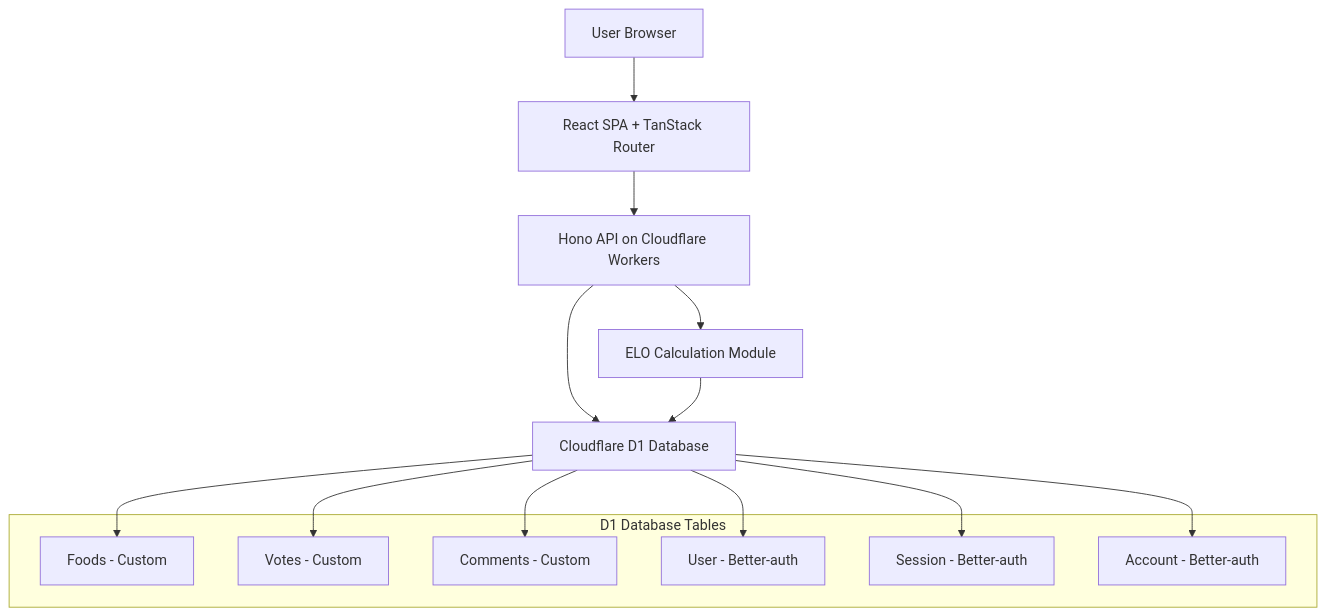
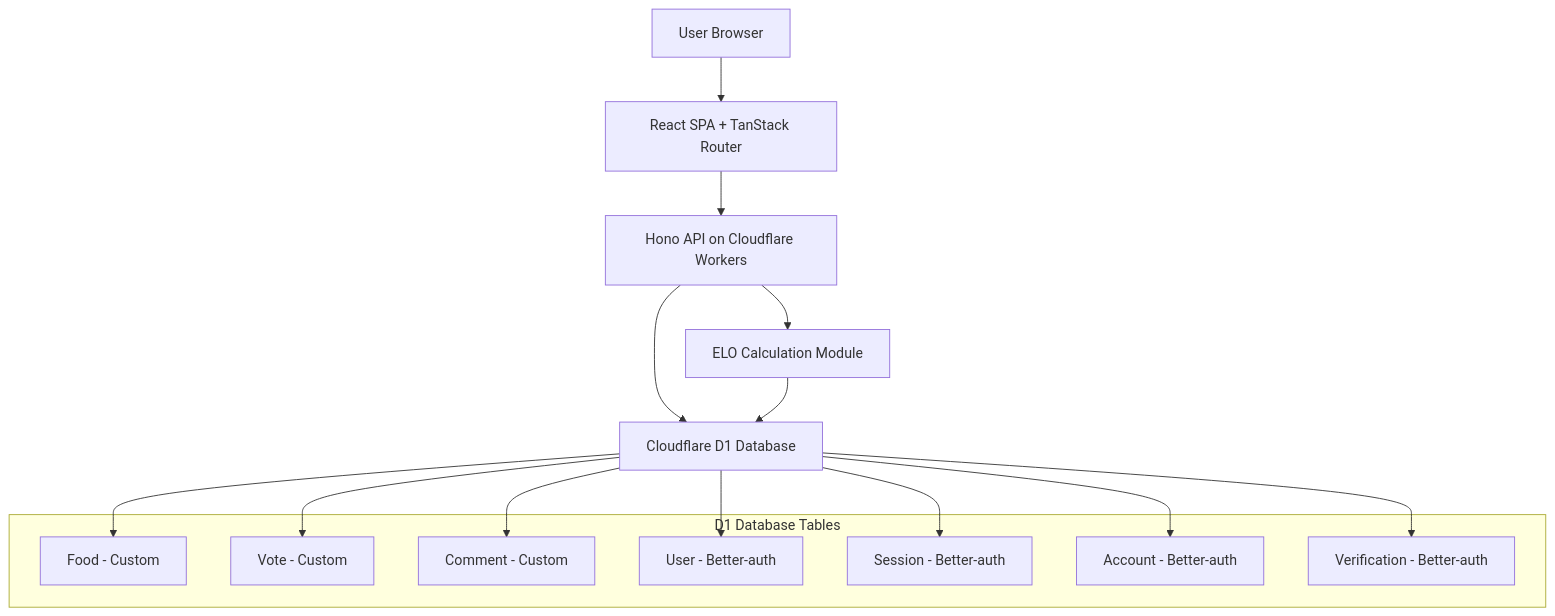
One commit to yeoularu/korean-food-arena changed the diagram in .kiro/specs/korean-food-elo-ranking/design.md. Above: the diagram before and after it, drawn with Mermaid. The commit also changed other lines of this file and 2 other files, not shown here.

````diff
--- a/.kiro/specs/korean-food-elo-ranking/design.md
+++ b/.kiro/specs/korean-food-elo-ranking/design.md
@@ -21,24 +23,26 @@
 ```mermaid
 graph TB
     A[User Browser] --> B[React SPA + TanStack Router]
     B --> C[Hono API on Cloudflare Workers]
     C --> D[Cloudflare D1 Database]
     C --> E[ELO Calculation Module]
     E --> D
 
     subgraph "D1 Database Tables"
-        F[Foods - Custom]
-        G[Votes - Custom]
-        H[Comments - Custom]
+        F[Food - Custom]
+        G[Vote - Custom]
+        H[Comment - Custom]
         I[User - Better-auth]
         J[Session - Better-auth]
         K[Account - Better-auth]
+        L[Verification - Better-auth]
     end
 
     D --> F
     D --> G
     D --> H
     D --> I
     D --> J
     D --> K
+    D --> L
 ```
````
